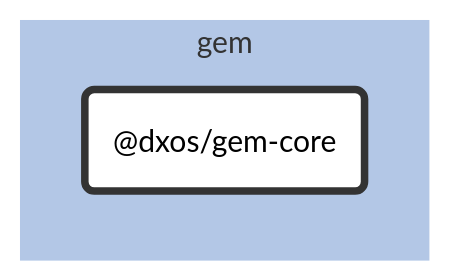
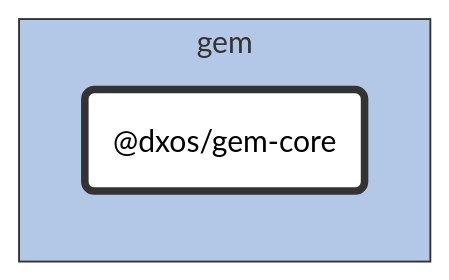
One commit to dxos/dxos changed the diagram in packages/gem/gem-core/docs/README.md. Above: the diagram before and after it, drawn with Mermaid (forest theme). The commit also changed 89 other files, not shown here.

````diff
--- a/packages/gem/gem-core/docs/README.md
+++ b/packages/gem/gem-core/docs/README.md
@@ -7,20 +7,20 @@
 ```mermaid
 %%{ init: {'flowchart':{'curve':'basis'}} }%%
 
 flowchart LR
 
 %% Classes
 classDef def fill:#fff,stroke:#333,stroke-width:1px
 classDef root fill:#fff,stroke:#333,stroke-width:4px
 
 %% Nodes
 
 subgraph gem [gem]
-  style gem fill:#b3c7e6,stroke:#fff
+  style gem fill:#b3c7e6,stroke:#333
   dxos/gem-core("@dxos/gem-core"):::root
   click dxos/gem-core "dxos/dxos/tree/main/packages/gem/gem-core/docs"
 end
 
 %% Links
 linkStyle default stroke:#333,stroke-width:1px
 ```
````
